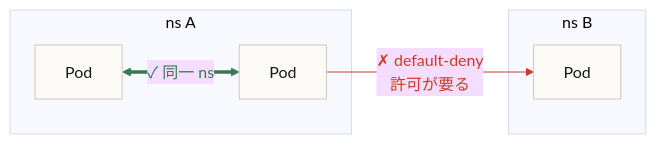
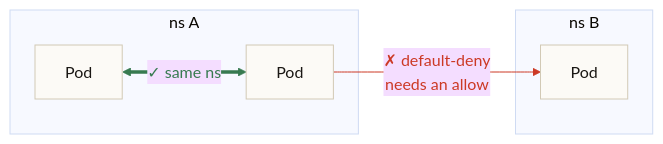
Before and after one commit to yu-min3/kensan-lab: the second of 3 diagrams in kubernetes/network/README.md, drawn with Mermaid (base theme). The commit also changed other lines of this file, not shown here.

Commit message:
docs(network): 英語化 + SEO タイトル + 読者向け導入、route 図を整理(4→3図)

````diff
--- a/kubernetes/network/README.md
+++ b/kubernetes/network/README.md
@@ -94,14 +65,14 @@
 ```mermaid
 flowchart LR
     subgraph nsA["ns A"]
-        A1[Pod] <==>|"✓ 同一 ns"| A2[Pod]
+        A1[Pod] <==>|"✓ same ns"| A2[Pod]
     end
     subgraph nsB["ns B"]
         B1[Pod]
     end
-    A2 -->|"✗ default-deny<br/>許可が要る"| B1
+    A2 -->|"✗ default-deny<br/>needs an allow"| B1
 
     classDef default fill:#FCFAF6,stroke:#D2C9B5,color:#1A1714
     linkStyle 0 stroke:#377A50,color:#377A50
     linkStyle 1 stroke:#CC3925,color:#CC3925
 ```
````
